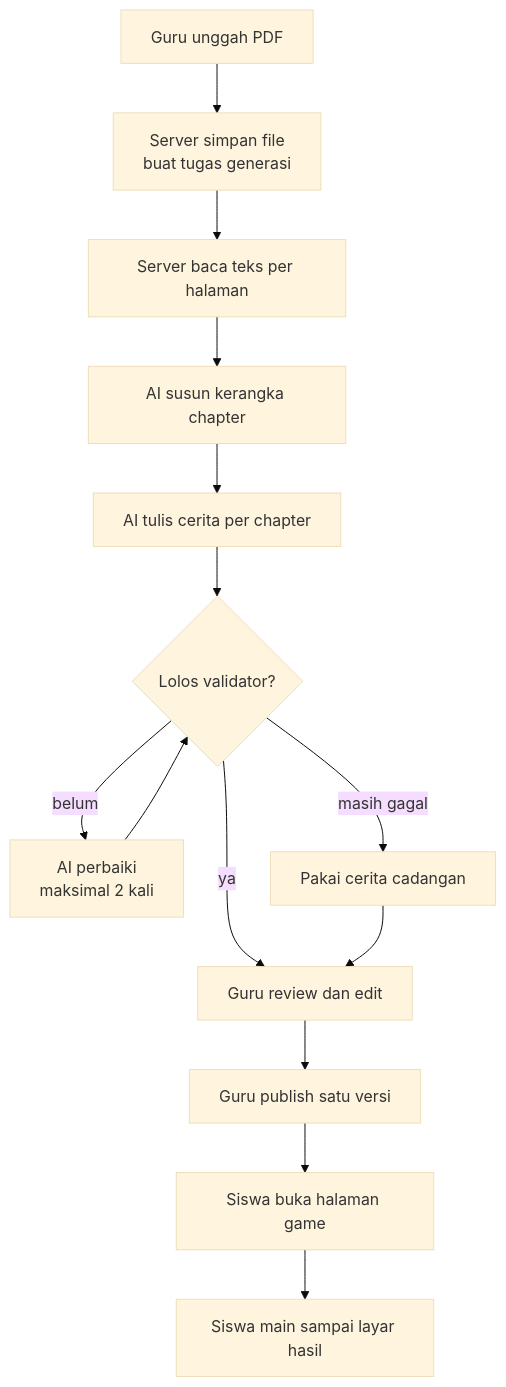
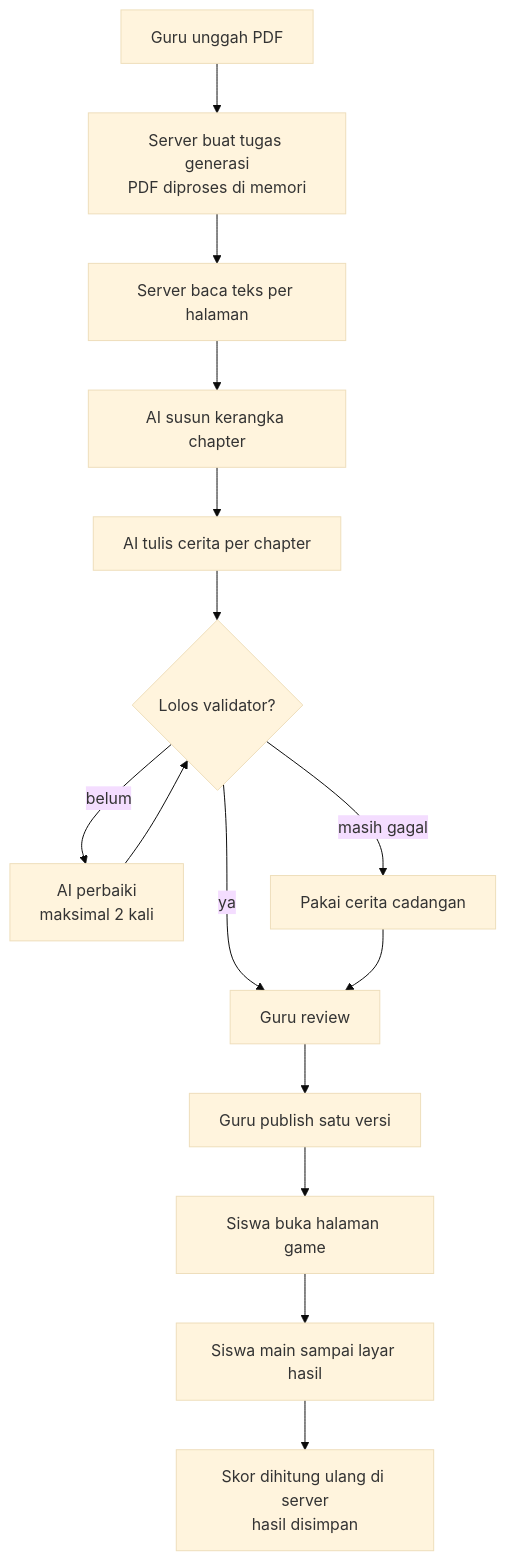
One commit to justeita/ClassQuest changed the first of 3 diagrams in README.md. Above: the diagram before and after it, drawn with Mermaid (base theme). The commit also changed other lines of this file, not shown here.

````diff
--- a/README.md
+++ b/README.md
@@ -77,16 +251,17 @@
 ```mermaid
 flowchart TD
-  A["Guru unggah PDF"] --> B["Server simpan file<br/>buat tugas generasi"]
+  A["Guru unggah PDF"] --> B["Server buat tugas generasi<br/>PDF diproses di memori"]
   B --> C["Server baca teks per halaman"]
   C --> D["AI susun kerangka chapter"]
   D --> E["AI tulis cerita per chapter"]
   E --> F{"Lolos validator?"}
   F -- "belum" --> G["AI perbaiki<br/>maksimal 2 kali"]
   G --> F
   F -- "masih gagal" --> H["Pakai cerita cadangan"]
-  F -- "ya" --> I["Guru review dan edit"]
+  F -- "ya" --> I["Guru review"]
   H --> I
   I --> J["Guru publish satu versi"]
   J --> K["Siswa buka halaman game"]
   K --> L["Siswa main sampai layar hasil"]
+  L --> M["Skor dihitung ulang di server<br/>hasil disimpan"]
 ```
````
